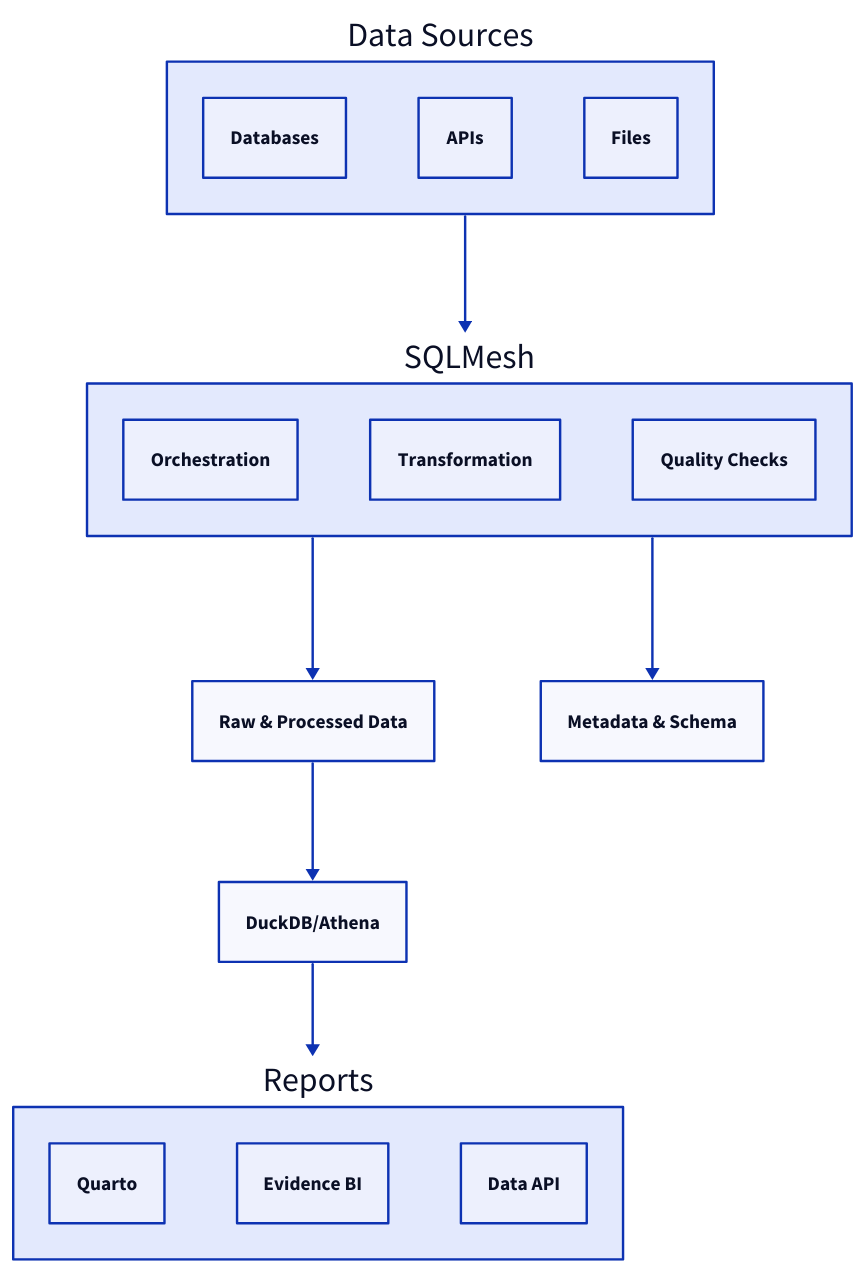
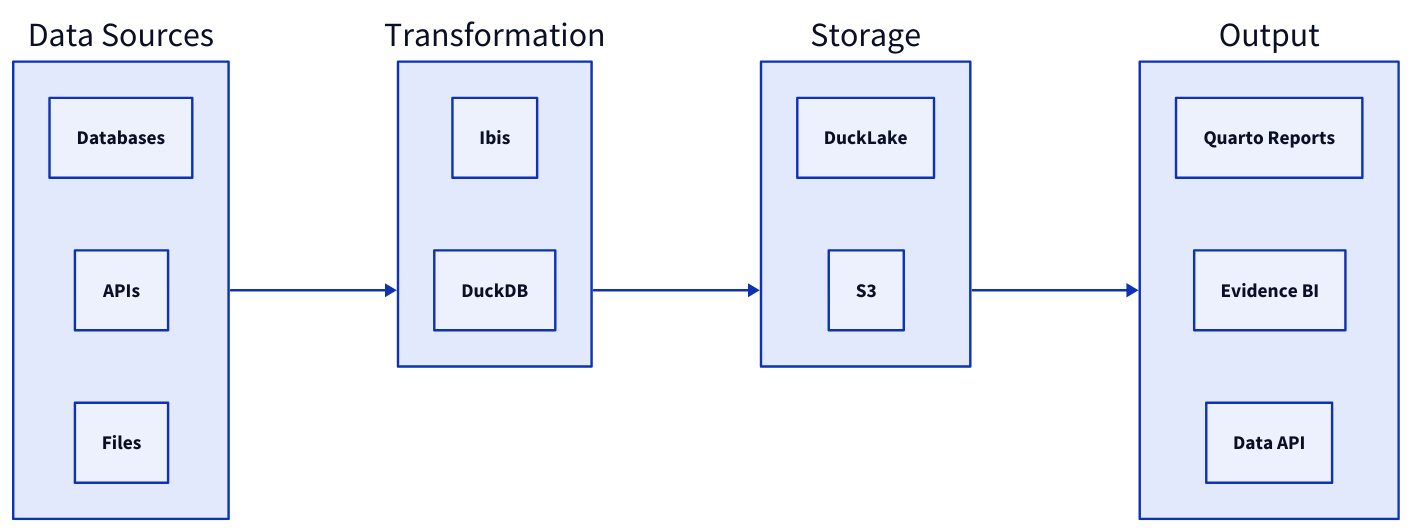
One commit to wagov-dtt/architecture-decision-records changed the diagram in reference-architectures/data-pipelines.md. Above: the diagram before and after it, drawn with D2. The commit also changed other lines of this file and 1 other file, not shown here.

First line of the commit message:
Revise data pipelines to use Ibis + DuckLake

````diff
--- a/reference-architectures/data-pipelines.md
+++ b/reference-architectures/data-pipelines.md
@@ -19,28 +19,27 @@
 ```d2
-Data Sources -> SQLMesh -> S3 Storage
-SQLMesh -> Aurora PostgreSQL
-S3 Storage -> Analytics Engine
-Analytics Engine -> Reports
+direction: right
 
-Data Sources: {
+sources: Data Sources {
   Databases
   APIs
   Files
 }
 
-SQLMesh: {
-  Orchestration
-  Transformation
-  Quality Checks
+transform: Transformation {
+  Ibis
+  DuckDB
 }
 
-S3 Storage: Raw & Processed Data
-Aurora PostgreSQL: Metadata & Schema
-Analytics Engine: DuckDB/Athena
+storage: Storage {
+  DuckLake
+  S3
+}
 
-Reports: {
-  Quarto
+output: Output {
+  Quarto Reports
   Evidence BI
   Data API
 }
+
+sources -> transform -> storage -> output
 ```
````
